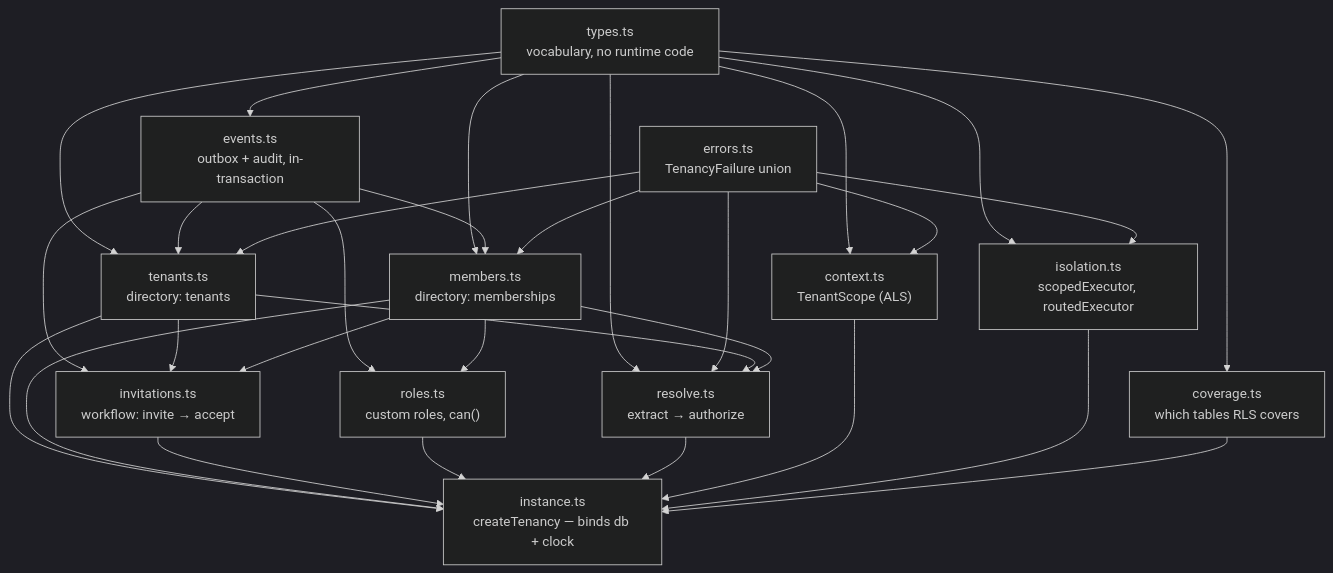
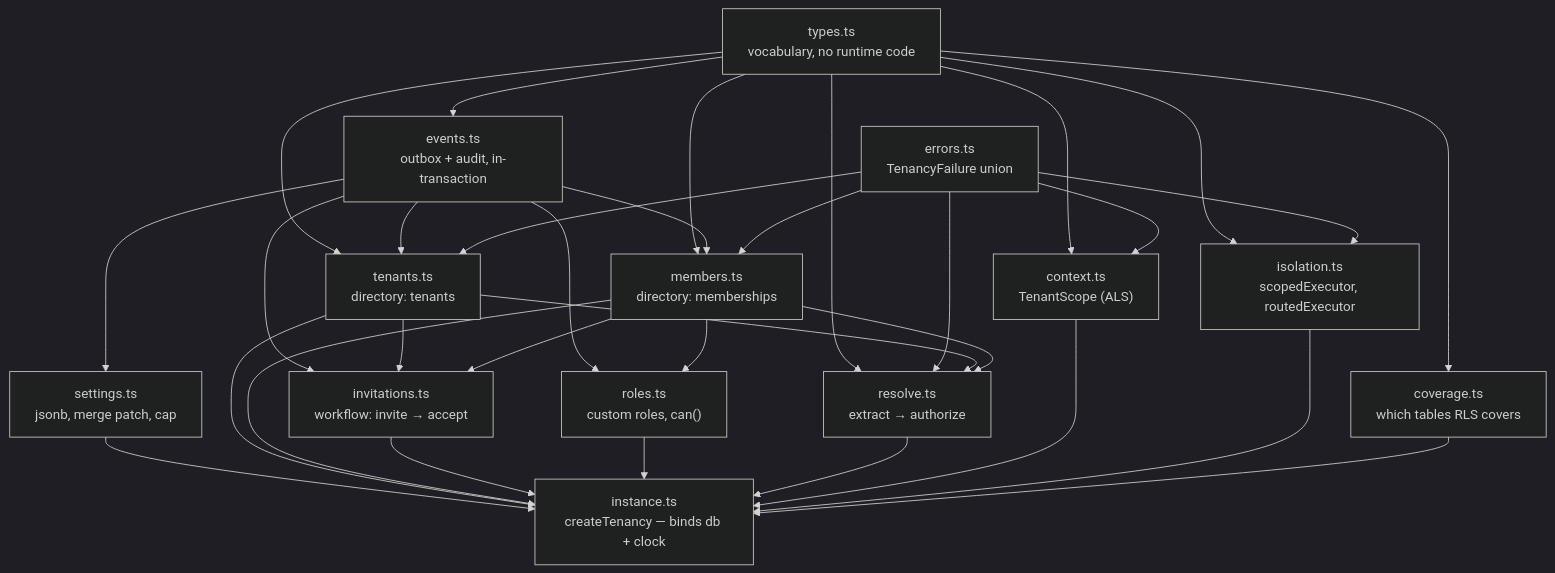
One commit to QuxKit/tenant-kit changed the diagram in docs/ARCHITECTURE.md. Above: the diagram before and after it, drawn with Mermaid (dark theme). The commit also changed 12 other files, not shown here.

First line of the commit message:
feat: per-tenant settings — jsonb, JSON merge patch, size cap

````diff
--- a/docs/ARCHITECTURE.md
+++ b/docs/ARCHITECTURE.md
@@ -9,24 +9,26 @@
 ```mermaid
 flowchart TD
     types["types.ts<br/>vocabulary, no runtime code"]
     errors["errors.ts<br/>TenancyFailure union"]
     tenants["tenants.ts<br/>directory: tenants"]
     members["members.ts<br/>directory: memberships"]
     invitations["invitations.ts<br/>workflow: invite → accept"]
     roles["roles.ts<br/>custom roles, can()"]
     resolve["resolve.ts<br/>extract → authorize"]
     context["context.ts<br/>TenantScope (ALS)"]
     isolation["isolation.ts<br/>scopedExecutor, routedExecutor"]
     coverage["coverage.ts<br/>which tables RLS covers"]
     events["events.ts<br/>outbox + audit, in-transaction"]
+    settings["settings.ts<br/>jsonb, merge patch, cap"]
     instance["instance.ts<br/>createTenancy — binds db + clock"]
 
     types --> tenants & members & resolve & context & isolation & coverage & events
-    events --> tenants & members & invitations & roles
+    events --> tenants & members & invitations & roles & settings
+    settings --> instance
     errors --> tenants & members & resolve & context & isolation
     tenants --> resolve
     members --> resolve
     tenants & members --> invitations
     members --> roles
     tenants & members & invitations & roles & resolve & context & isolation & coverage --> instance
 ```
````
